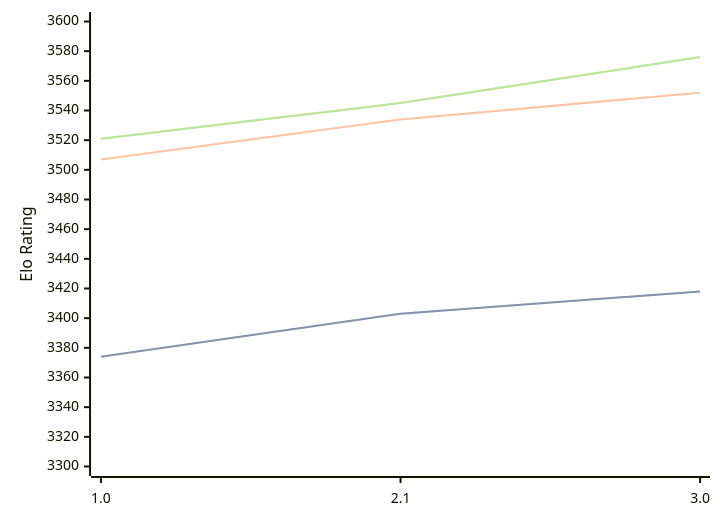
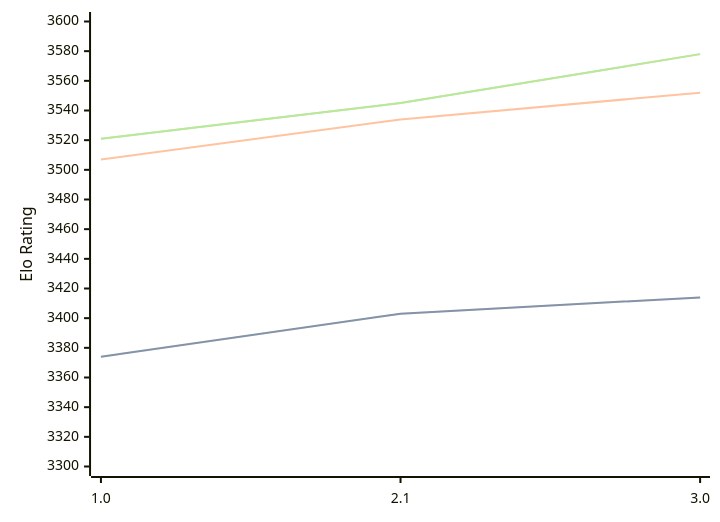
Before and after one commit to computer-chess-index/cci: the diagram in engines/Hobbes.md, drawn with Mermaid. The commit also changed other lines of this file, not shown here.

Commit message:
Update CCI Ratings (ELO VLTC) - 2026-09-06

````diff
--- a/engines/Hobbes.md
+++ b/engines/Hobbes.md
@@ -33,11 +33,11 @@
 ```mermaid
 %%{init: {"theme":"base","themeVariables":{"seriesColors:['#a3a3a3','#222221','#faa371']}}}%%
 xychart-beta
   x-axis ["1.0", "2.1", "3.0"]
   y-axis "Elo Rating" 3300 --> 3600
-  line "" [3374, 3403, 3418]
-  line "STC (8.0+0.08s)" [3374, 3403, 3418]
+  line "" [3374, 3403, 3414]
+  line "STC (8.0+0.08s)" [3374, 3403, 3414]
   line "LTC (60.0+0.60s)" [3507, 3534, 3552]
-  line "" [3521, 3545, 3576]
-  line "VLTC (2m24s+1.12s)" [3521, 3545, 3576]
+  line "" [3521, 3545, 3578]
+  line "VLTC (2m24s+1.12s)" [3521, 3545, 3578]
 ```
````
